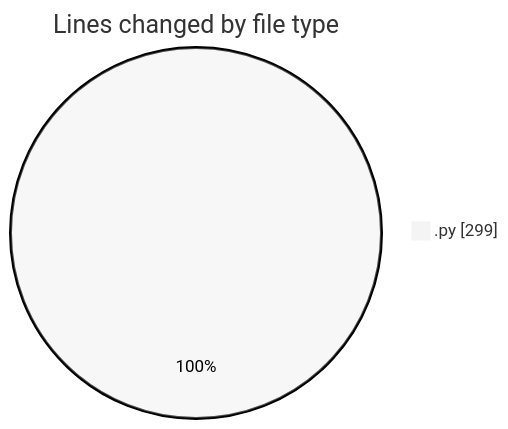
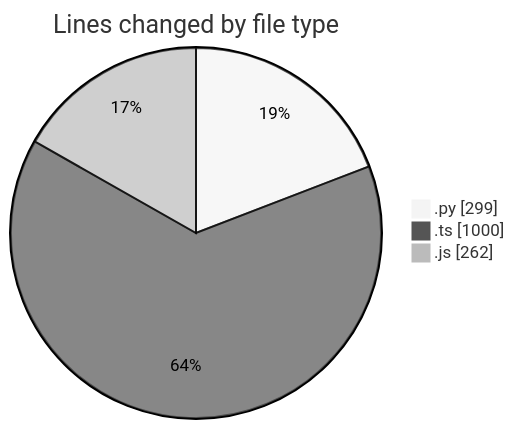
One commit to momahboobian/code-tracking changed the first of 2 diagrams in 2026-07-24/cda/README.md. Above: the diagram before and after it, drawn with Mermaid (neutral theme). The commit also changed other lines of this file and 1 other file, not shown here.

````diff
--- a/2026-07-24/cda/README.md
+++ b/2026-07-24/cda/README.md
@@ -20,5 +27,7 @@
 ```mermaid
 pie showData
 title Lines changed by file type
 ".py" : 299
+".ts" : 1000
+".js" : 262
 ```
````
